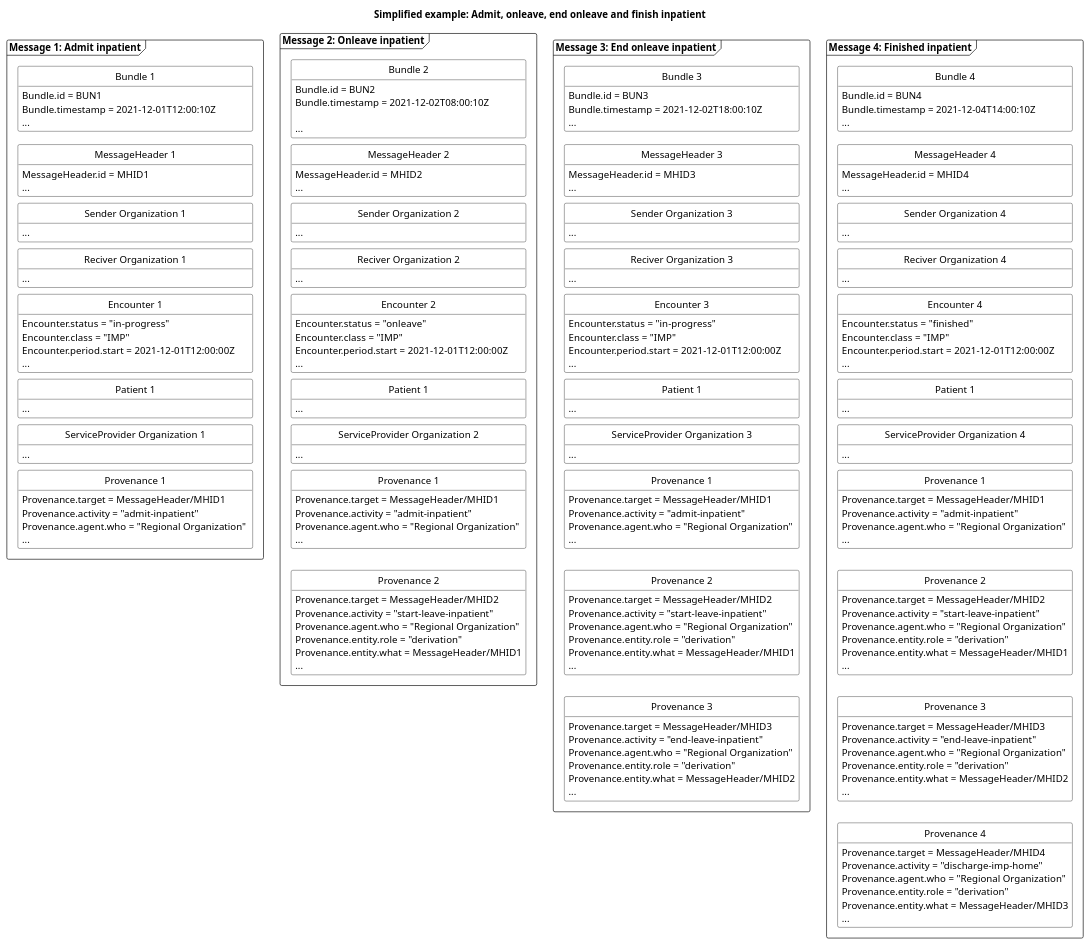
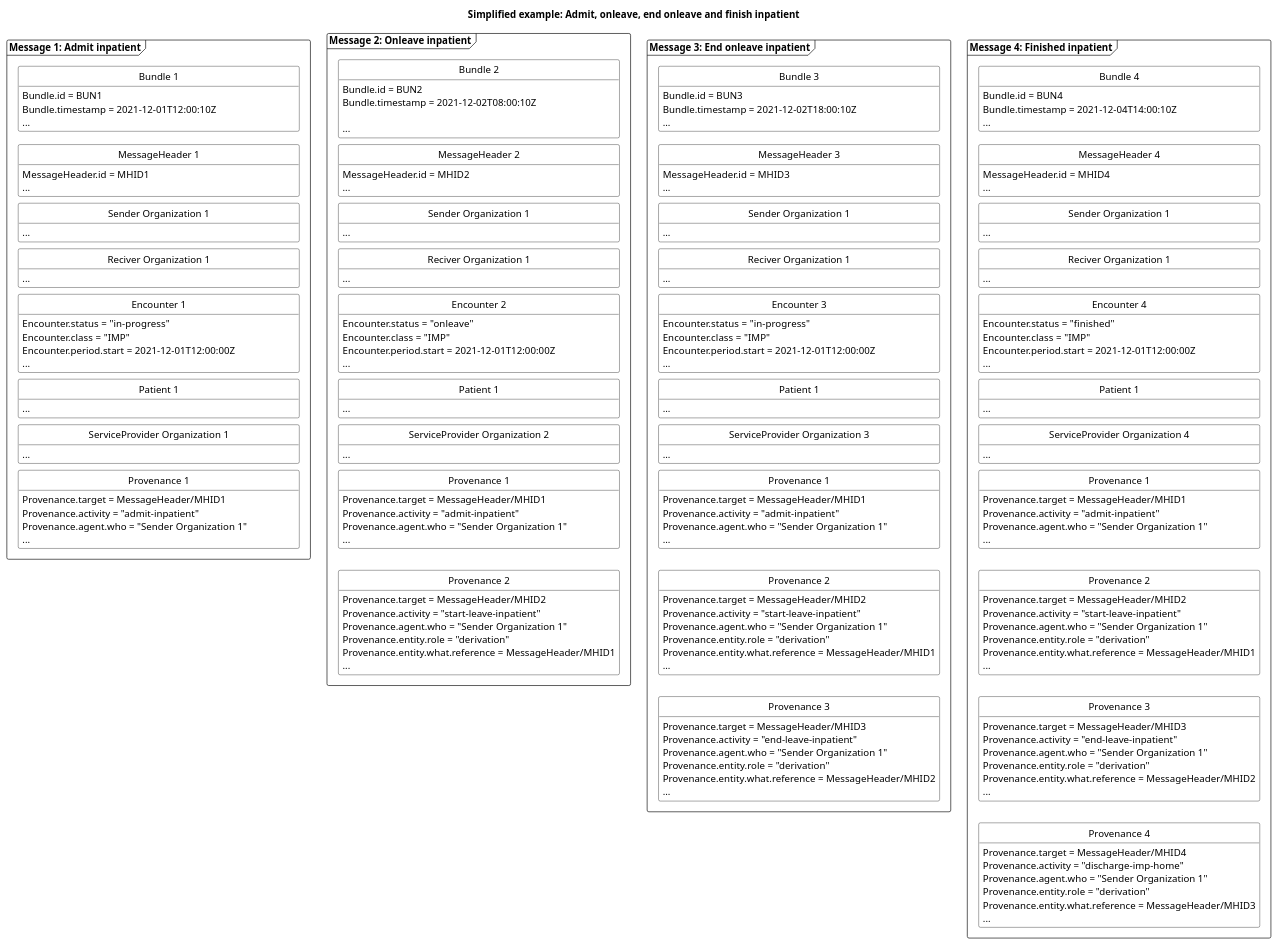
The diagram in puml/HospitalNotificationAdmitOnleaveEndFinish.puml (medcomdk/dk-medcom-hospitalnotification), drawn with PlantUML before and after one commit. The commit also changed 8 other files, not shown here.

```diff
--- a/puml/HospitalNotificationAdmitOnleaveEndFinish.puml
+++ b/puml/HospitalNotificationAdmitOnleaveEndFinish.puml
@@ -48,7 +48,7 @@
     class "Provenance 1" as admitPRO{
         Provenance.target = MessageHeader/MHID1
         Provenance.activity = "admit-inpatient"
-        Provenance.agent.who = "Regional Organization"
+        Provenance.agent.who = "Sender Organization 1"
         ...
     }
 
@@ -76,10 +76,10 @@
         MessageHeader.id = MHID2
         ...
     }
-    class "Sender Organization 2" as onleaveSOrg{
+    class "Sender Organization 1" as onleaveSOrg{
         ...
     }
-    class "Reciver Organization 2" as onleaveROrg{
+    class "Reciver Organization 1" as onleaveROrg{
         ...
     }
     class "Encounter 2" as onleaveENC{
@@ -97,15 +97,15 @@
     class "Provenance 1" as admitonleavePRO{
         Provenance.target = MessageHeader/MHID1
         Provenance.activity = "admit-inpatient"
-        Provenance.agent.who = "Regional Organization"
+        Provenance.agent.who = "Sender Organization 1"
         ...
     }
     class "Provenance 2" as onleavePRO{
         Provenance.target = MessageHeader/MHID2
         Provenance.activity = "start-leave-inpatient"
-        Provenance.agent.who = "Regional Organization"
+        Provenance.agent.who = "Sender Organization 1"
         Provenance.entity.role = "derivation"
-        Provenance.entity.what = MessageHeader/MHID1
+        Provenance.entity.what.reference = MessageHeader/MHID1
         ...
     }
 onleaveB-[hidden]-onleaveMH
@@ -130,10 +130,10 @@
         MessageHeader.id = MHID3
         ...
     }
-    class "Sender Organization 3" as endOnleaveSOrg{
+    class "Sender Organization 1" as endOnleaveSOrg{
         ...
     }
-    class "Reciver Organization 3" as endOnleaveROrg{
+    class "Reciver Organization 1" as endOnleaveROrg{
         ...
     }
     class "Encounter 3" as endOnleaveENC{
@@ -151,23 +151,23 @@
     class "Provenance 1" as admitendOnleavePRO{
         Provenance.target = MessageHeader/MHID1
         Provenance.activity = "admit-inpatient"
-        Provenance.agent.who = "Regional Organization"
+        Provenance.agent.who = "Sender Organization 1"
         ...
     }
     class "Provenance 2" as onleaveendOnleavePRO{
         Provenance.target = MessageHeader/MHID2
         Provenance.activity = "start-leave-inpatient"
-        Provenance.agent.who = "Regional Organization"
+        Provenance.agent.who = "Sender Organization 1"
         Provenance.entity.role = "derivation"
-        Provenance.entity.what = MessageHeader/MHID1
+        Provenance.entity.what.reference = MessageHeader/MHID1
         ...
     }
     class "Provenance 3" as endOnleavePRO{
         Provenance.target = MessageHeader/MHID3
         Provenance.activity = "end-leave-inpatient"
-        Provenance.agent.who = "Regional Organization"
+        Provenance.agent.who = "Sender Organization 1"
         Provenance.entity.role = "derivation"
-        Provenance.entity.what = MessageHeader/MHID2
+        Provenance.entity.what.reference = MessageHeader/MHID2
         ...
     }
 endOnleaveB-[hidden]-endOnleaveMH
@@ -194,10 +194,10 @@
         MessageHeader.id = MHID4
         ...
     }
-    class "Sender Organization 4" as finishedSOrg{
+    class "Sender Organization 1" as finishedSOrg{
         ...
     }
-    class "Reciver Organization 4" as finishedROrg{
+    class "Reciver Organization 1" as finishedROrg{
         ...
     }
     class "Encounter 4" as finishedENC{
@@ -215,31 +215,31 @@
     class "Provenance 1" as admitfinishedPRO{
         Provenance.target = MessageHeader/MHID1
         Provenance.activity = "admit-inpatient"
-        Provenance.agent.who = "Regional Organization"
+        Provenance.agent.who = "Sender Organization 1"
         ...
     }
     class "Provenance 2" as onleavefinishedPRO{
         Provenance.target = MessageHeader/MHID2
         Provenance.activity = "start-leave-inpatient"
-        Provenance.agent.who = "Regional Organization"
+        Provenance.agent.who = "Sender Organization 1"
         Provenance.entity.role = "derivation"
-        Provenance.entity.what = MessageHeader/MHID1
+        Provenance.entity.what.reference = MessageHeader/MHID1
         ...
     }
     class "Provenance 3" as endOnleavefinishedPRO{
         Provenance.target = MessageHeader/MHID3
         Provenance.activity = "end-leave-inpatient"
-        Provenance.agent.who = "Regional Organization"
+        Provenance.agent.who = "Sender Organization 1"
         Provenance.entity.role = "derivation"
-        Provenance.entity.what = MessageHeader/MHID2
+        Provenance.entity.what.reference = MessageHeader/MHID2
         ...
     }
     class "Provenance 4" as finishedPRO{
         Provenance.target = MessageHeader/MHID4
         Provenance.activity = "discharge-imp-home"
-        Provenance.agent.who = "Regional Organization"
+        Provenance.agent.who = "Sender Organization 1"
         Provenance.entity.role = "derivation"
-        Provenance.entity.what = MessageHeader/MHID3
+        Provenance.entity.what.reference = MessageHeader/MHID3
         ...
     }
 finishedB-[hidden]-finishedMH
```
